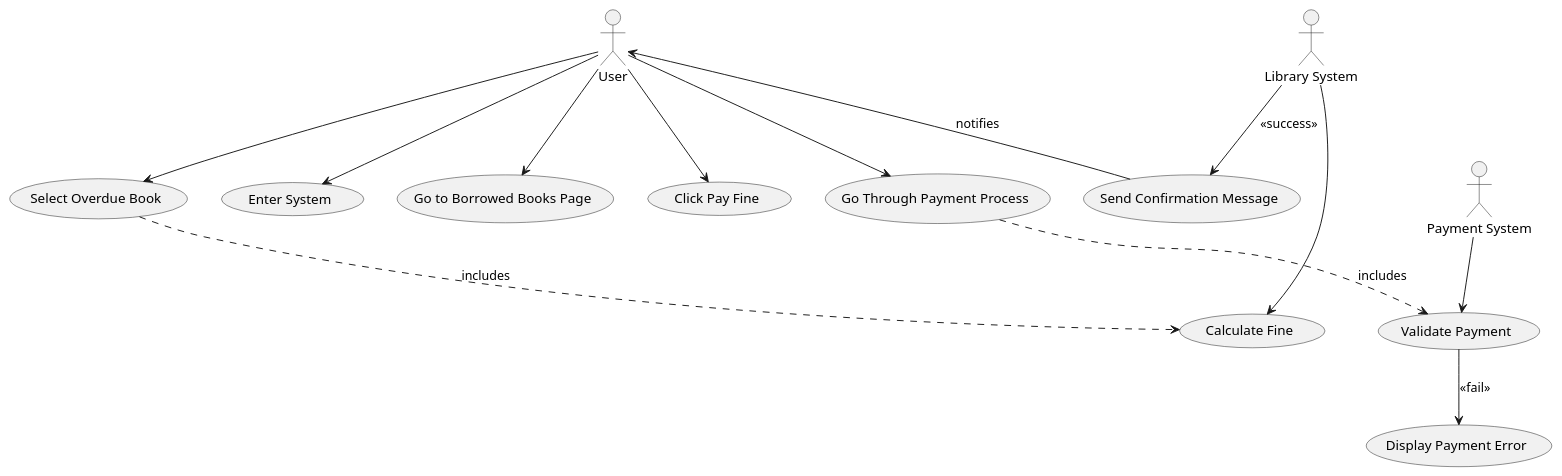
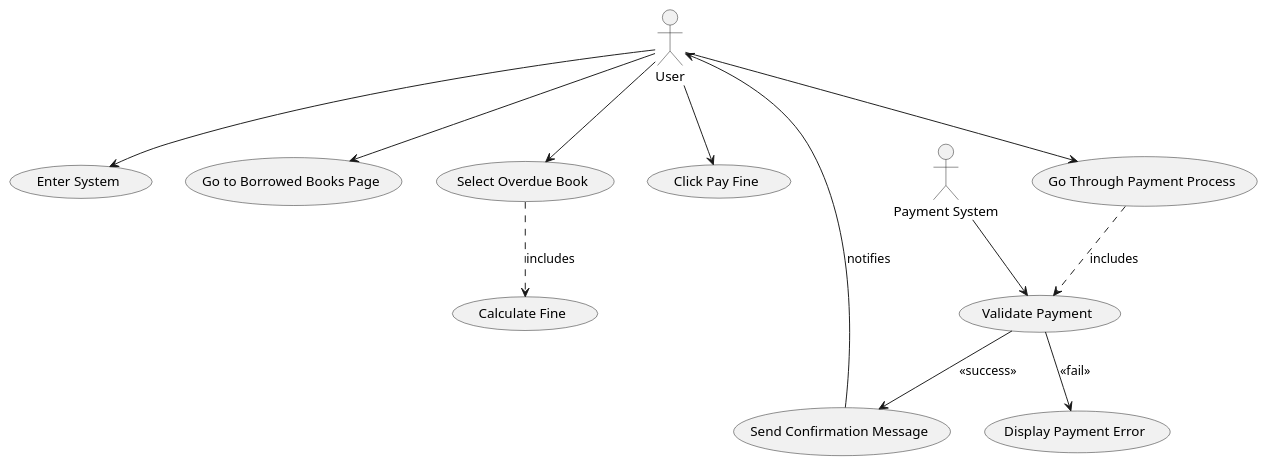
The diagram in diagrams/Pay Book Fine.puml (SalmaAzeem/library-system), drawn with PlantUML before and after one commit. The commit also changed 2 other files, not shown here.

Commit message:
modify the use cases to remove system

```diff
--- a/diagrams/Pay Book Fine.puml
+++ b/diagrams/Pay Book Fine.puml
@@ -1,33 +1,31 @@
 @startuml
 actor :User:
 actor :Payment System: as pay
-actor :Library System: as ls
 
 (Enter System) as enter
 (Go to Borrowed Books Page) as go
 (Select Overdue Book) as select
 (Calculate Fine) as cal
 (Click Pay Fine) as click
 (Go Through Payment Process) as process
 (Validate Payment) as valid
 (Send Confirmation Message) as confirm
 (Display Payment Error) as error
 
 User --> enter
 User --> go
 User --> select
 
 select ..> cal : includes
-ls --> cal
+
 
 User --> click
 User --> process
 
 process ..> valid : includes
 pay --> valid
-
+valid --> confirm : <<success>>
 valid --> error : <<fail>>
-ls --> confirm : <<success>>
 
 User <-- confirm : notifies
 @enduml
```
